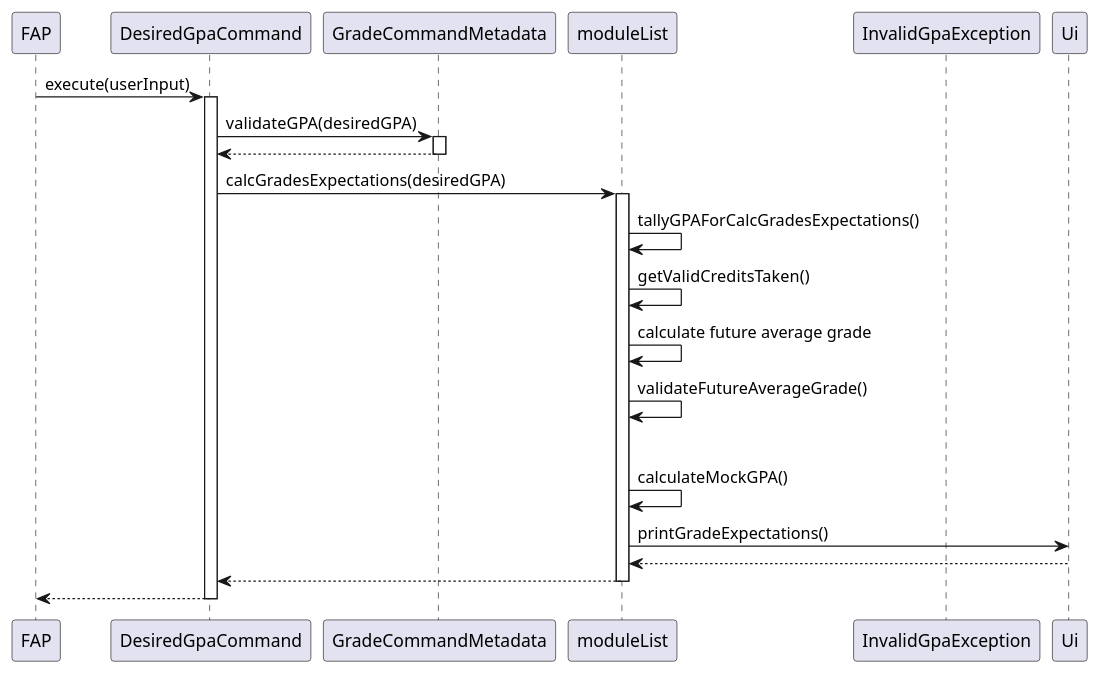
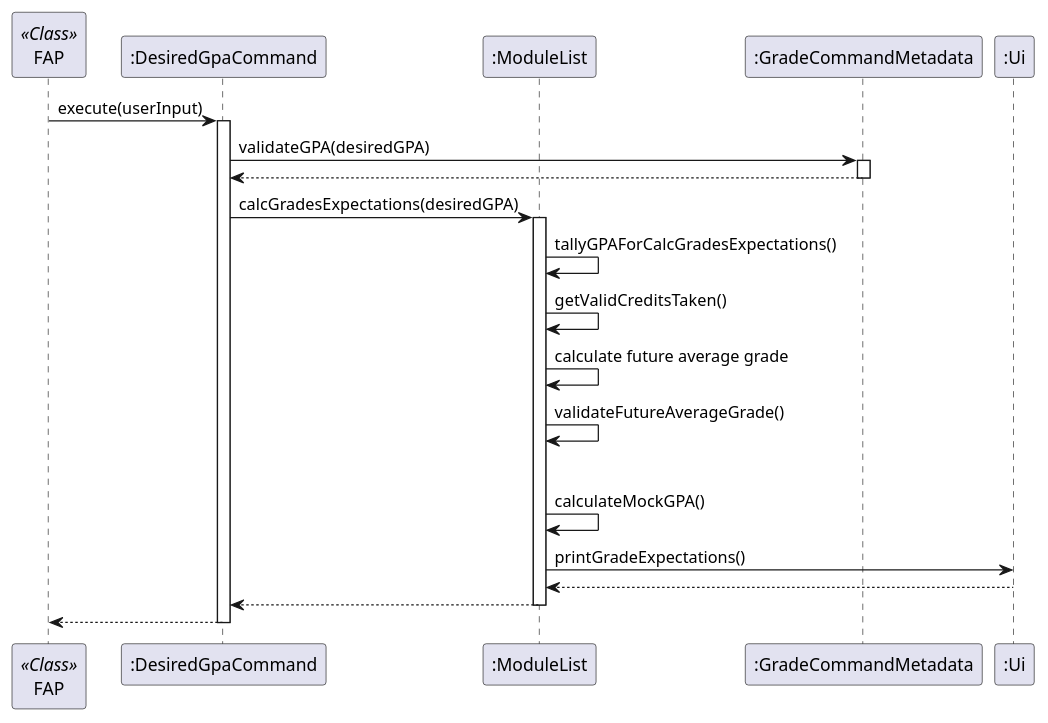
The diagram in docs/diagrams/DesiredGpaSequence.puml (fungg0/tp), drawn with PlantUML before and after one commit. The commit also changed 11 other files, not shown here.

Commit message:
Modify the png/uml diagrams

```diff
--- a/docs/diagrams/DesiredGpaSequence.puml
+++ b/docs/diagrams/DesiredGpaSequence.puml
@@ -1,34 +1,33 @@
 @startuml
 
-participant FAP
-participant DesiredGpaCommand
-participant GradeCommandMetadata
-participant moduleList
-participant InvalidGpaException
-participant Ui
+participant FAP <<Class>>
+participant DesiredGpaCommand as ":DesiredGpaCommand"
+participant moduleList as ":ModuleList"
+participant GradeCommandMetadata as ":GradeCommandMetadata"
+participant Ui as ":Ui"
 
 FAP -> DesiredGpaCommand: execute(userInput)
 activate DesiredGpaCommand
 DesiredGpaCommand -> GradeCommandMetadata: validateGPA(desiredGPA)
 activate GradeCommandMetadata
 GradeCommandMetadata --> DesiredGpaCommand
 deactivate GradeCommandMetadata
 
 
 DesiredGpaCommand -> moduleList: calcGradesExpectations(desiredGPA)
 activate moduleList
 moduleList -> moduleList: tallyGPAForCalcGradesExpectations()
 moduleList -> moduleList: getValidCreditsTaken()
 moduleList -> moduleList: calculate future average grade
 moduleList -> moduleList: validateFutureAverageGrade()
 alt
 moduleList -> moduleList: calculateMockGPA()
 moduleList -> Ui: printGradeExpectations()
 Ui --> moduleList
 moduleList --> DesiredGpaCommand
 deactivate moduleList
 DesiredGpaCommand --> FAP
 
 deactivate DesiredGpaCommand
 
 @enduml
```
